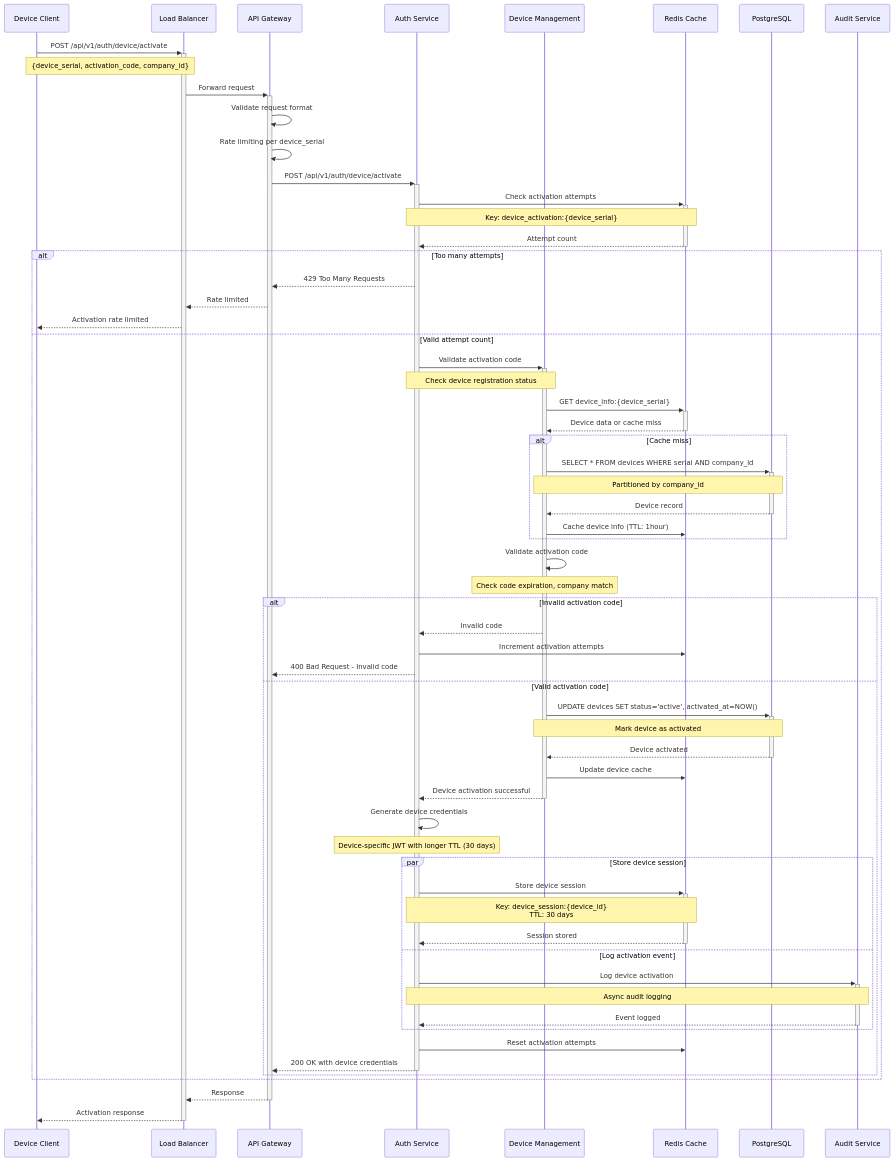
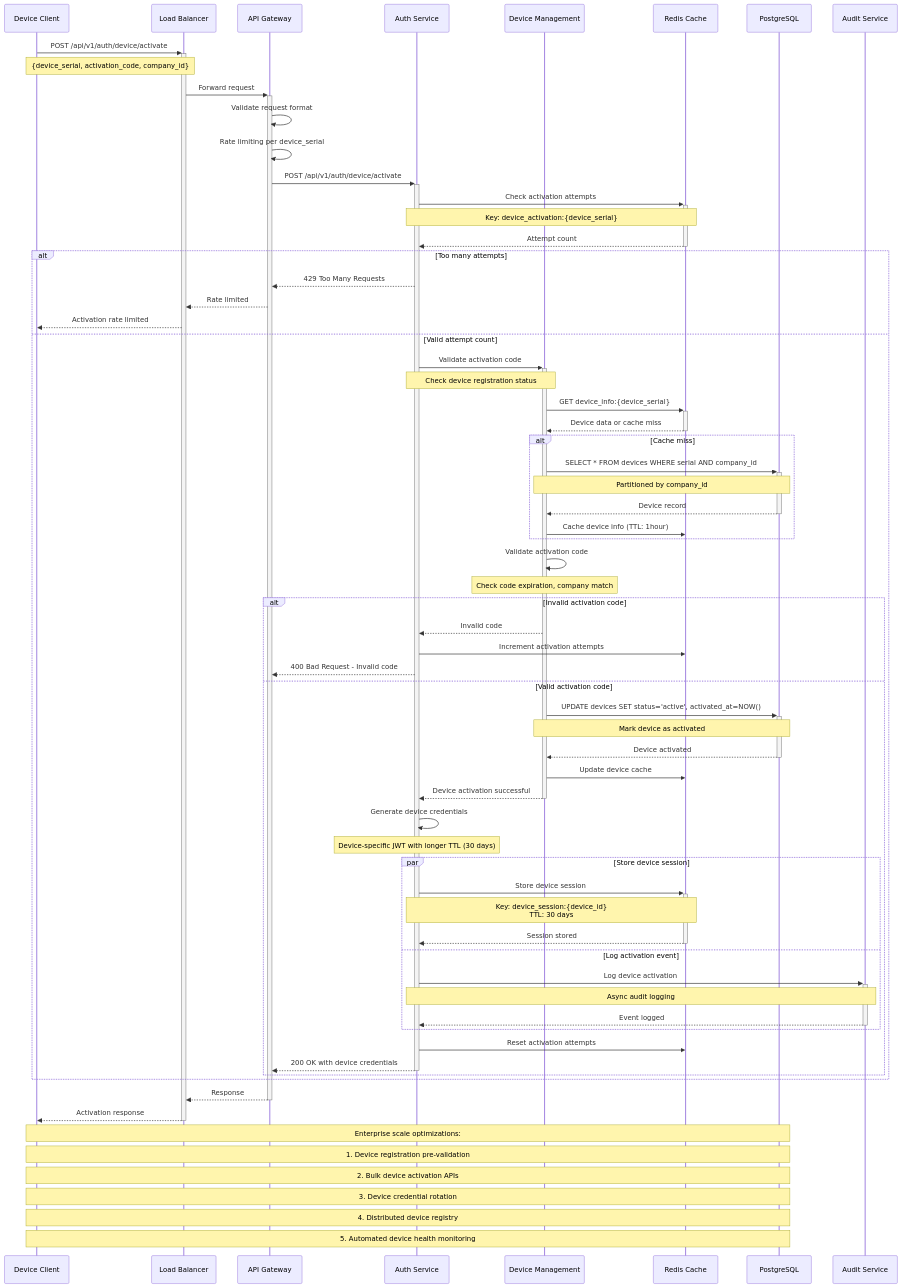
Before and after one commit to Youknow2509/cio_verify_face: the diagram in doc/sequence_diagrams/auth/device_activate.mmd, drawn with Mermaid. The commit also changed 46 other files, not shown here.

```diff
--- a/doc/sequence_diagrams/auth/device_activate.mmd
+++ b/doc/sequence_diagrams/auth/device_activate.mmd
@@ -1,76 +1,83 @@
 sequenceDiagram
     participant Device as Device Client
     participant LB as Load Balancer
     participant Gateway as API Gateway
     participant Auth as Auth Service
     participant DeviceMgmt as Device Management
     participant Cache as Redis Cache
     participant DB as PostgreSQL
     participant Audit as Audit Service
 
     Device->>+LB: POST /api/v1/auth/device/activate
     Note over Device,LB: {device_serial, activation_code, company_id}
     
     LB->>+Gateway: Forward request
     Gateway->>Gateway: Validate request format
     Gateway->>Gateway: Rate limiting per device_serial
     
     Gateway->>+Auth: POST /api/v1/auth/device/activate
     
     Auth->>+Cache: Check activation attempts
     Note over Auth,Cache: Key: device_activation:{device_serial}
     Cache-->>-Auth: Attempt count
     
     alt Too many attempts
         Auth-->>Gateway: 429 Too Many Requests
         Gateway-->>LB: Rate limited
         LB-->>Device: Activation rate limited
     else Valid attempt count
         Auth->>+DeviceMgmt: Validate activation code
         Note over Auth,DeviceMgmt: Check device registration status
         
         DeviceMgmt->>+Cache: GET device_info:{device_serial}
         Cache-->>-DeviceMgmt: Device data or cache miss
         
         alt Cache miss
             DeviceMgmt->>+DB: SELECT * FROM devices WHERE serial AND company_id
             Note over DeviceMgmt,DB: Partitioned by company_id
             DB-->>-DeviceMgmt: Device record
             DeviceMgmt->>Cache: Cache device info (TTL: 1hour)
         end
         
         DeviceMgmt->>DeviceMgmt: Validate activation code
         Note over DeviceMgmt: Check code expiration, company match
         
         alt Invalid activation code
             DeviceMgmt-->>Auth: Invalid code
             Auth->>Cache: Increment activation attempts
             Auth-->>Gateway: 400 Bad Request - Invalid code
         else Valid activation code
             DeviceMgmt->>+DB: UPDATE devices SET status='active', activated_at=NOW()
             Note over DeviceMgmt,DB: Mark device as activated
             DB-->>-DeviceMgmt: Device activated
             
             DeviceMgmt->>Cache: Update device cache
             DeviceMgmt-->>-Auth: Device activation successful
             
             Auth->>Auth: Generate device credentials
             Note over Auth: Device-specific JWT with longer TTL (30 days)
             
             par Store device session
                 Auth->>+Cache: Store device session
                 Note over Auth,Cache: Key: device_session:{device_id}<br/>TTL: 30 days
                 Cache-->>-Auth: Session stored
             and Log activation event
                 Auth->>+Audit: Log device activation
                 Note over Auth,Audit: Async audit logging
                 Audit-->>-Auth: Event logged
             end
             
             Auth->>Cache: Reset activation attempts
             Auth-->>-Gateway: 200 OK with device credentials
         end
     end
     
     Gateway-->>-LB: Response
     LB-->>-Device: Activation response
+    
+    Note over Device,DB: Enterprise scale optimizations:
+    Note over Device,DB: 1. Device registration pre-validation
+    Note over Device,DB: 2. Bulk device activation APIs
+    Note over Device,DB: 3. Device credential rotation
+    Note over Device,DB: 4. Distributed device registry
+    Note over Device,DB: 5. Automated device health monitoring
```
